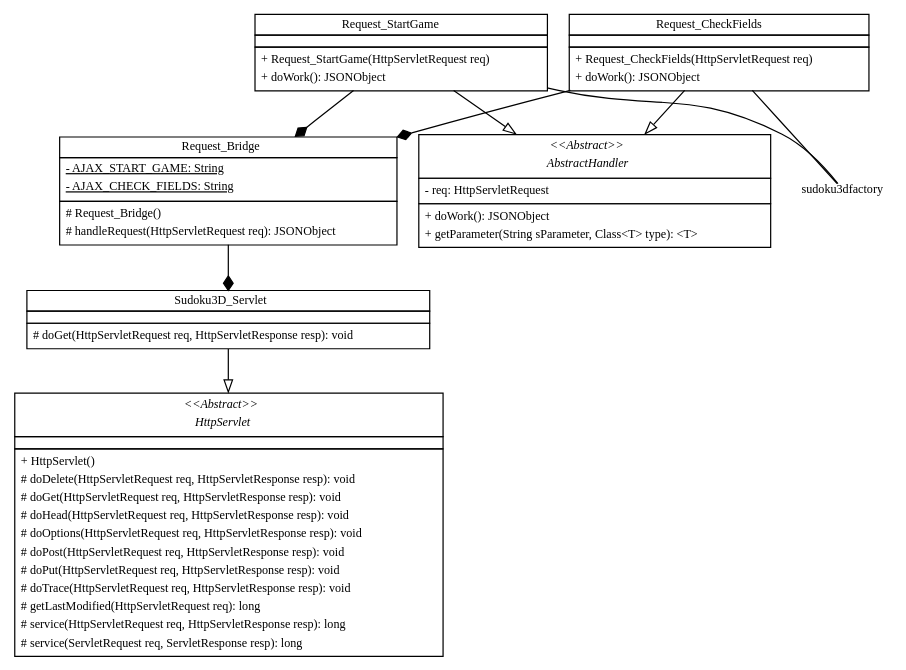
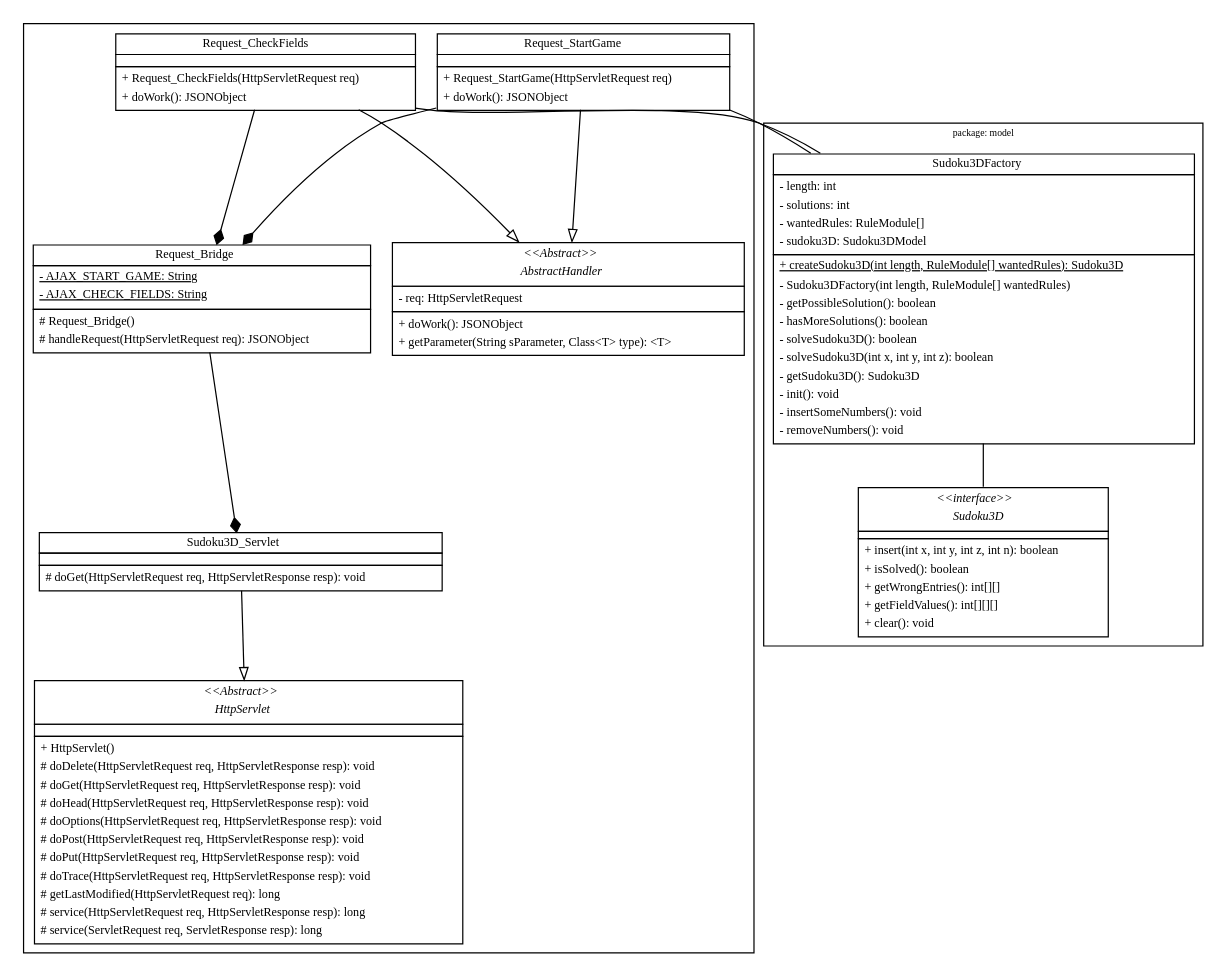
One commit to Mavpotter/Sudoku3D changed the diagram in doc/controller.dot. Above: the diagram before and after it, drawn with Graphviz.

Commit message:
added modelparts to controller

```diff
--- a/doc/controller.dot
+++ b/doc/controller.dot
@@ -13,7 +13,7 @@
         fontsize = 10
     ]
 
-    subgraph packagecontroller{
+    subgraph clustercontroller{
 
         request_startgame [
             label =
@@ -179,6 +179,75 @@
         ]
     }
 
+    subgraph clustermodel{
+
+        label = "package: model"
+
+        sudoku3d [
+            label =
+            <<table border="0" cellspacing="0" cellborder="1">
+                <tr>
+                    <td>
+                        <table border="0" cellspacing="0" cellborder="0">
+                            <tr><td align="center"><i>&lt;&lt;interface&gt;&gt;</i></td></tr>
+                            <tr><td align="center"><i>Sudoku3D</i></td></tr>
+                        </table>
+                    </td>
+                </tr>
+                <tr>
+                    <td></td>
+                </tr>
+                <tr>
+                    <td>
+                        <table border="0" cellspacing="0" cellborder="0">
+                            <tr><td align="left">+ insert(int x, int y, int z, int n): boolean</td></tr>
+                            <tr><td align="left">+ isSolved(): boolean</td></tr>
+                            <tr><td align="left">+ getWrongEntries(): int[][]</td></tr>
+                            <tr><td align="left">+ getFieldValues(): int[][][]</td></tr>
+                            <tr><td align="left">+ clear(): void</td></tr>
+                        </table>
+                    </td>
+                </tr>
+            </table>>
+        ]
+
+        sudoku3dfactory [
+            label =
+            <<table border="0" cellspacing="0" cellborder="1">
+                <tr>
+                    <td>Sudoku3DFactory</td>
+                </tr>
+                <tr>
+                    <td>
+                        <table border="0" cellspacing="0" cellborder="0">
+                            <tr><td align="left">- length: int</td></tr>
+                            <tr><td align="left">- solutions: int</td></tr>
+                            <tr><td align="left">- wantedRules: RuleModule[]</td></tr>
+                            <tr><td align="left">- sudoku3D: Sudoku3DModel</td></tr>
+                        </table>
+                    </td>
+                </tr>
+                <tr>
+                    <td>
+                        <table border="0" cellspacing="0" cellborder="0">
+                            <tr><td align="left"><u>+ createSudoku3D(int length, RuleModule[] wantedRules): Sudoku3D</u></td></tr>
+                            <tr><td align="left">- Sudoku3DFactory(int length, RuleModule[] wantedRules)</td></tr>
+                            <tr><td align="left">- getPossibleSolution(): boolean</td></tr>
+                            <tr><td align="left">- hasMoreSolutions(): boolean</td></tr>
+                            <tr><td align="left">- solveSudoku3D(): boolean</td></tr>
+                            <tr><td align="left">- solveSudoku3D(int x, int y, int z): boolean</td></tr>
+                            <tr><td align="left">- getSudoku3D(): Sudoku3D</td></tr>
+                            <tr><td align="left">- init(): void</td></tr>
+                            <tr><td align="left">- insertSomeNumbers(): void</td></tr>
+                            <tr><td align="left">- removeNumbers(): void</td></tr>
+                        </table>
+                    </td>
+                </tr>
+            </table>>
+        ]
+    }
+
+    sudoku3dfactory -> sudoku3d [arrowhead=none]
     request_startgame -> abstracthandler [arrowhead=onormal]
     request_startgame -> sudoku3dfactory [arrowhead=none]
     request_checkfields -> abstracthandler [arrowhead=onormal]
```
